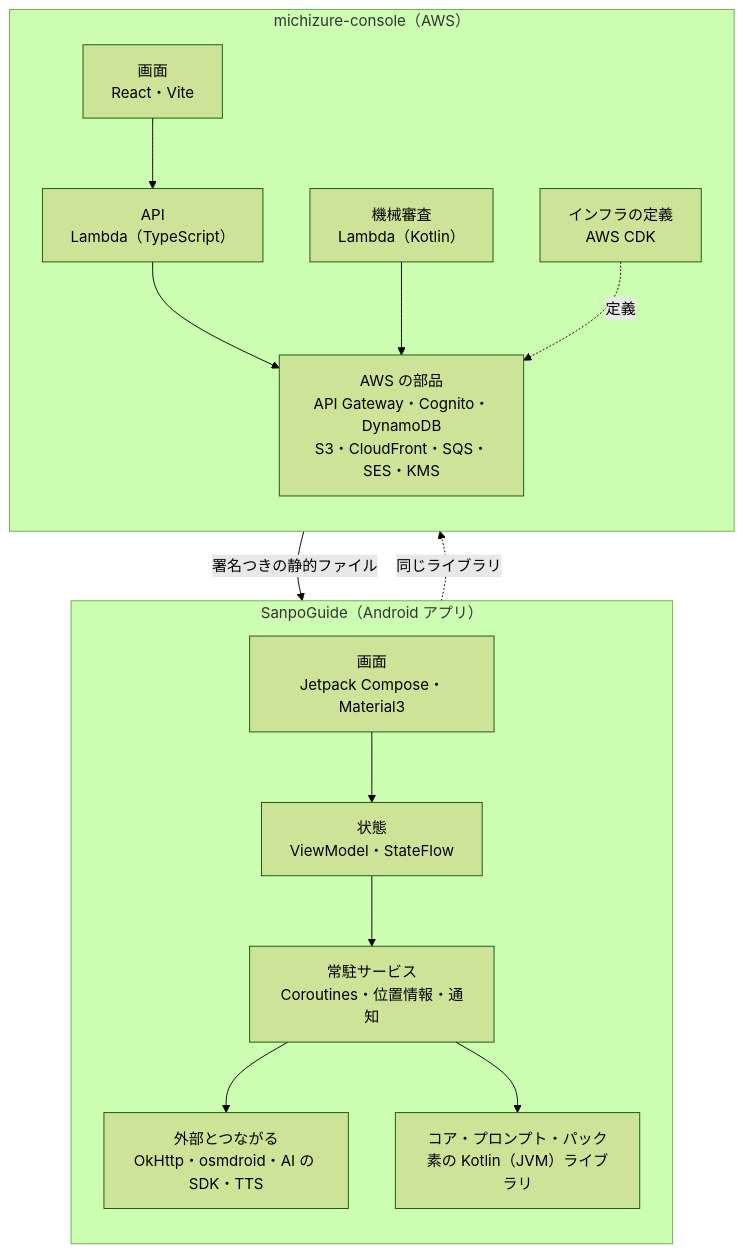
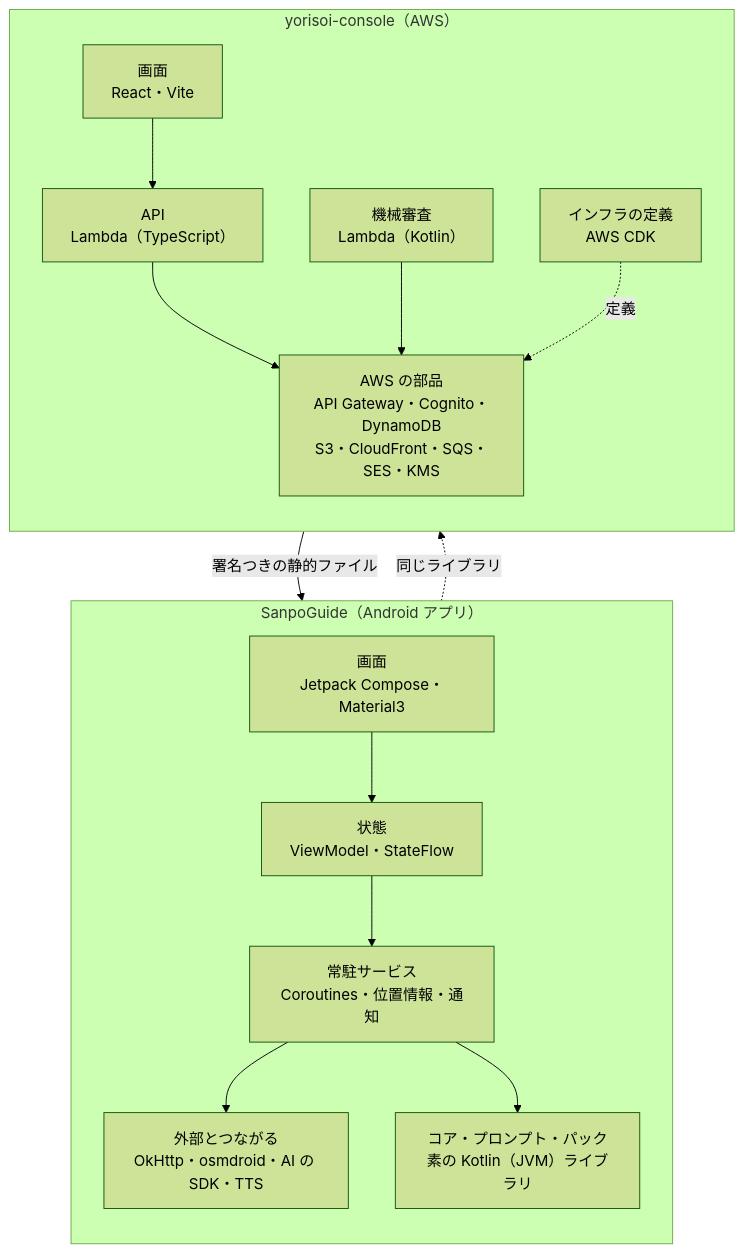
One commit to duwenji/yorisoi-tutorial changed the diagram in 00-overview/02-technology-map.md. Above: the diagram before and after it, drawn with Mermaid (forest theme). The commit also changed other lines of this file and 85 other files, not shown here.

````diff
--- a/00-overview/02-technology-map.md
+++ b/00-overview/02-technology-map.md
@@ -15,26 +15,26 @@
 ```mermaid
 flowchart TB
     subgraph SG["SanpoGuide（Android アプリ）"]
         direction TB
         UI["画面<br/>Jetpack Compose・Material3"]
         VM["状態<br/>ViewModel・StateFlow"]
         SVC["常駐サービス<br/>Coroutines・位置情報・通知"]
         NET["外部とつながる<br/>OkHttp・osmdroid・AI の SDK・TTS"]
         SF["コア・プロンプト・パック<br/>素の Kotlin（JVM）ライブラリ"]
         UI --> VM --> SVC --> NET
         SVC --> SF
     end
-    subgraph SCC["michizure-console（AWS）"]
+    subgraph SCC["yorisoi-console（AWS）"]
         direction TB
         WEB["画面<br/>React・Vite"]
         API["API<br/>Lambda（TypeScript）"]
         VAL["機械審査<br/>Lambda（Kotlin）"]
         AWS["AWS の部品<br/>API Gateway・Cognito・DynamoDB<br/>S3・CloudFront・SQS・SES・KMS"]
         CDK["インフラの定義<br/>AWS CDK"]
         WEB --> API --> AWS
         VAL --> AWS
         CDK -.定義.-> AWS
     end
     SF -.同じライブラリ.-> VAL
     AWS -->|署名つきの静的ファイル| NET
 ```
````
